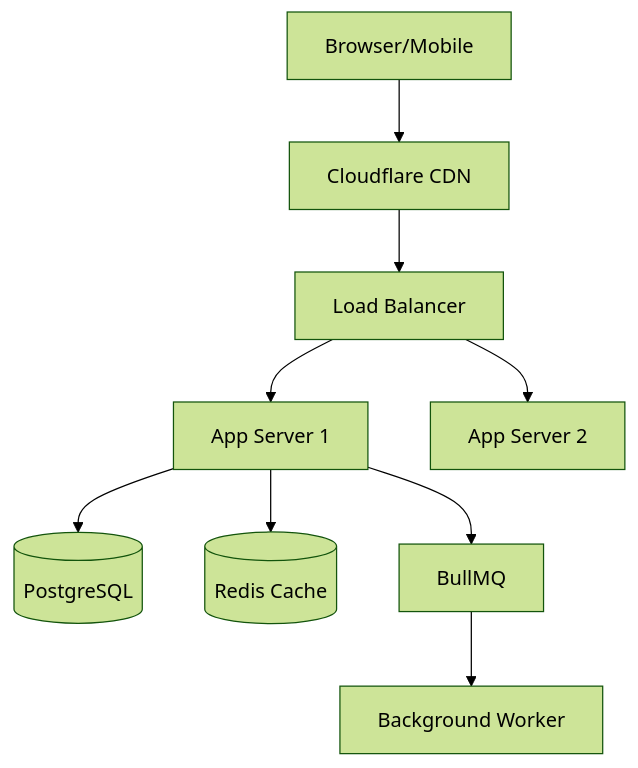
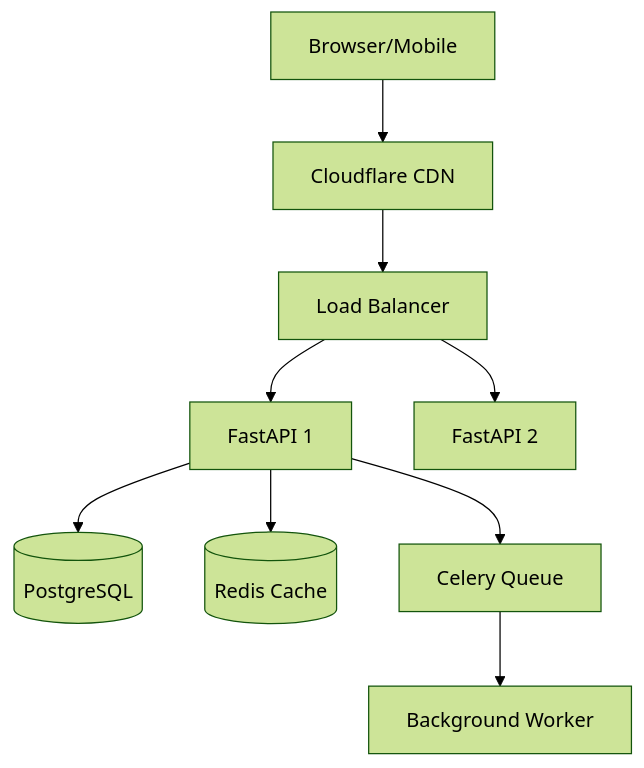
One commit to tqhoa/self-agents changed the diagram in .claude/agents/systems-architect.md. Above: the diagram before and after it, drawn with Mermaid (forest theme). The commit also changed other lines of this file and 14 other files, not shown here.

````diff
--- a/.claude/agents/systems-architect.md
+++ b/.claude/agents/systems-architect.md
@@ -85,11 +84,11 @@
 ```mermaid
 graph TB
   Client[Browser/Mobile] --> CDN[Cloudflare CDN]
   CDN --> LB[Load Balancer]
-  LB --> App1[App Server 1]
-  LB --> App2[App Server 2]
+  LB --> App1[FastAPI 1]
+  LB --> App2[FastAPI 2]
   App1 --> PG[(PostgreSQL)]
   App1 --> Redis[(Redis Cache)]
-  App1 --> Queue[BullMQ]
+  App1 --> Queue[Celery Queue]
   Queue --> Worker[Background Worker]
 ```
````
